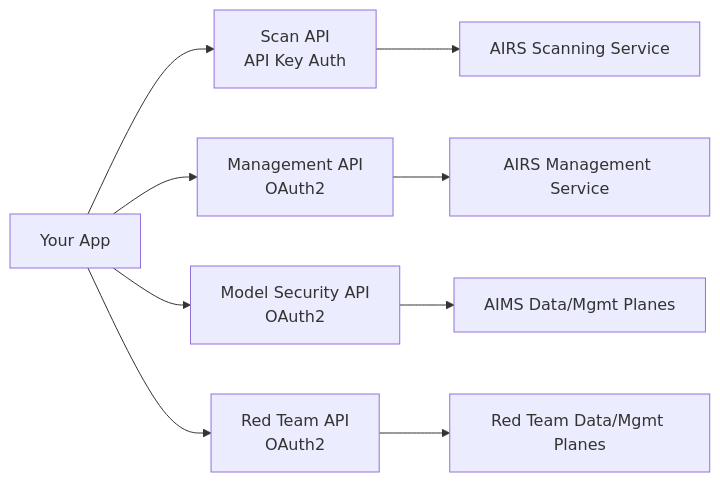
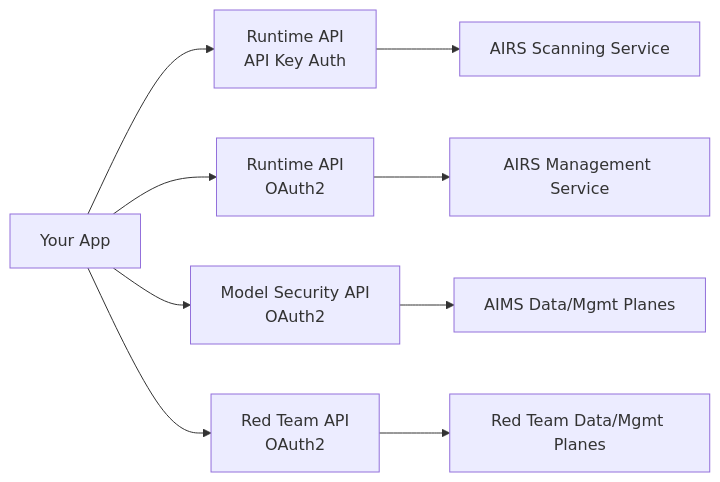
The diagram in docs/index.md (cdot65/prisma-airs-go), drawn with Mermaid before and after one commit. The commit also changed other lines of this file and 36 other files, not shown here.

First line of the commit message:
refactor: consolidate management + scan into runtime package (#84) (#85)

````diff
--- a/docs/index.md
+++ b/docs/index.md
@@ -24,11 +24,11 @@
 ```mermaid
 graph LR
-    A[Your App] --> B[Scan API<br/>API Key Auth]
-    A --> C[Management API<br/>OAuth2]
+    A[Your App] --> B[Runtime API<br/>API Key Auth]
+    A --> C[Runtime API<br/>OAuth2]
     A --> D[Model Security API<br/>OAuth2]
     A --> E[Red Team API<br/>OAuth2]
     B --> F[AIRS Scanning Service]
     C --> G[AIRS Management Service]
     D --> H[AIMS Data/Mgmt Planes]
     E --> I[Red Team Data/Mgmt Planes]
 ```
````
